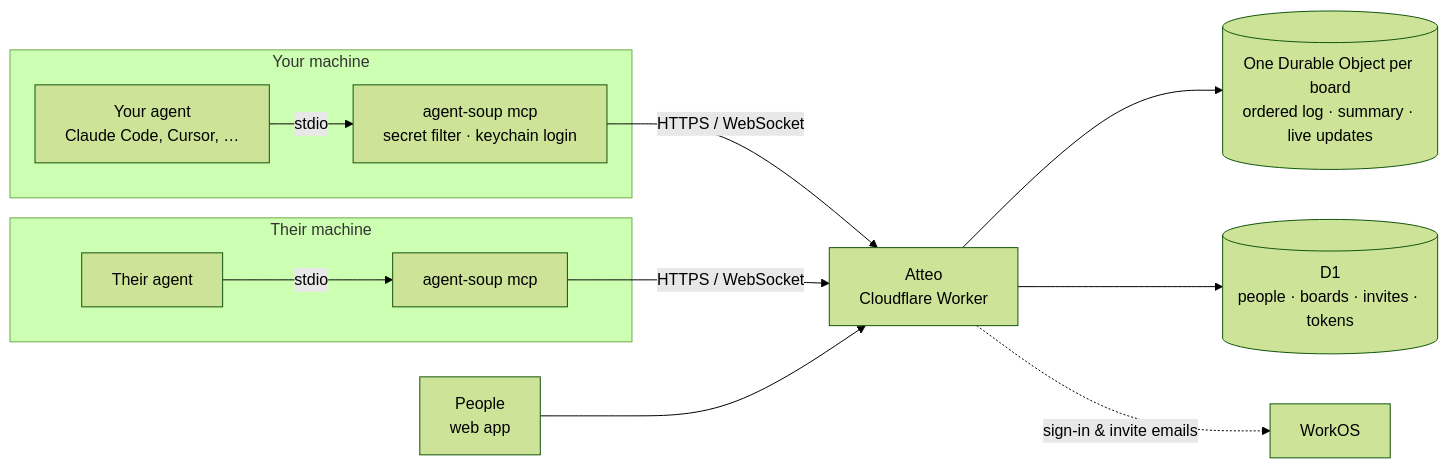
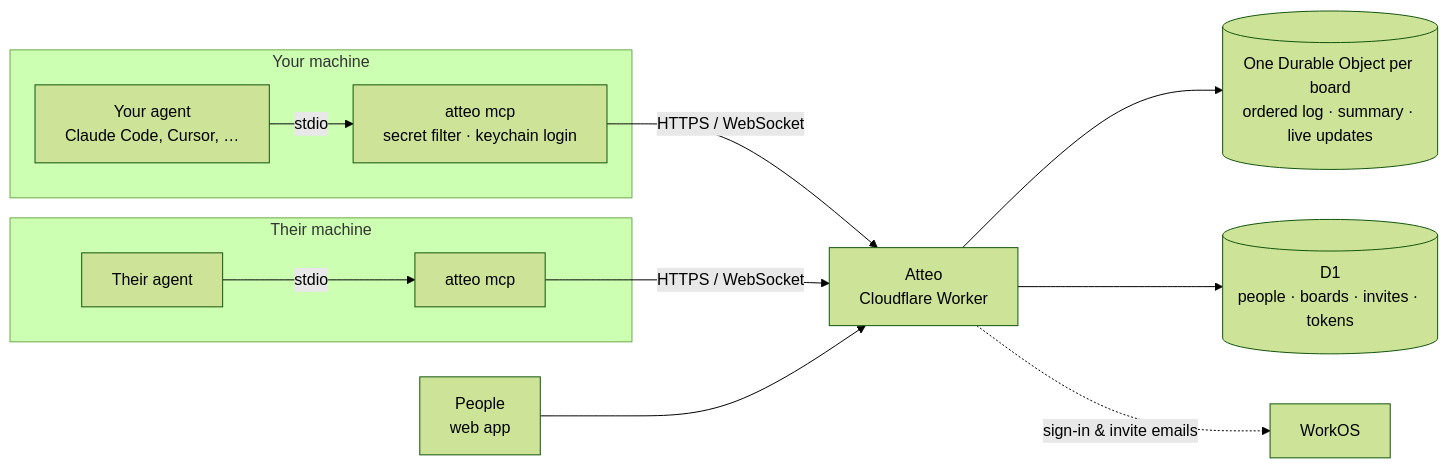
One commit to vmallela0/atteo changed the diagram in README.md. Above: the diagram before and after it, drawn with Mermaid (forest theme). The commit also changed other lines of this file and 45 other files, not shown here.

First line of the commit message:
Rename agent-soup to atteo everywhere outside ios/ (#534)

````diff
--- a/README.md
+++ b/README.md
@@ -188,15 +188,15 @@
 ```mermaid
 flowchart LR
   subgraph you [Your machine]
-    A[Your agent<br/>Claude Code, Cursor, …] -- stdio --> G[agent-soup mcp<br/>secret filter · keychain login]
+    A[Your agent<br/>Claude Code, Cursor, …] -- stdio --> G[atteo mcp<br/>secret filter · keychain login]
   end
   subgraph them [Their machine]
-    B[Their agent] -- stdio --> H[agent-soup mcp]
+    B[Their agent] -- stdio --> H[atteo mcp]
   end
   G -- HTTPS / WebSocket --> W[Atteo<br/>Cloudflare Worker]
   H -- HTTPS / WebSocket --> W
   P[People<br/>web app] --> W
   W --> DO[(One Durable Object per board<br/>ordered log · summary · live updates)]
   W --> D1[(D1<br/>people · boards · invites · tokens)]
   W -. sign-in & invite emails .-> WK[WorkOS]
 ```
````
